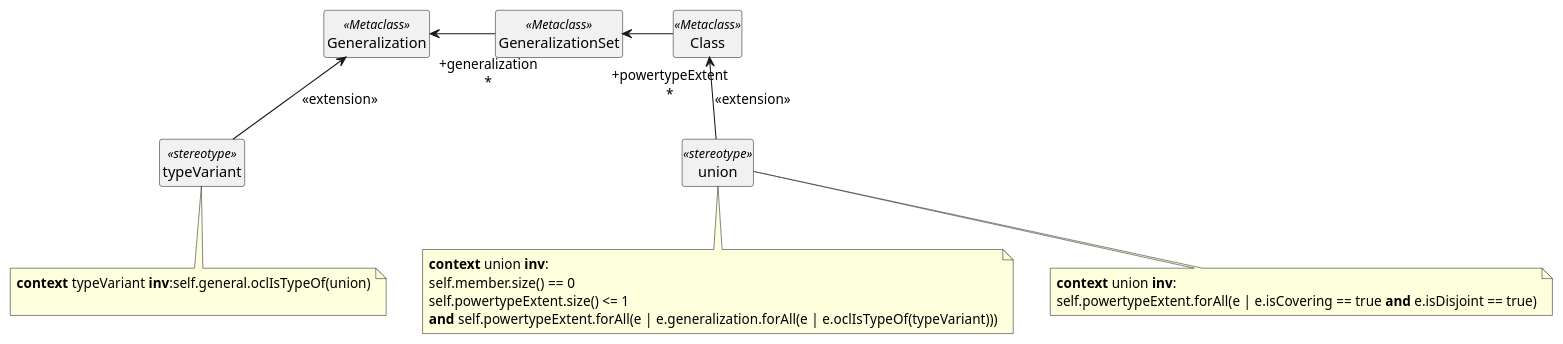
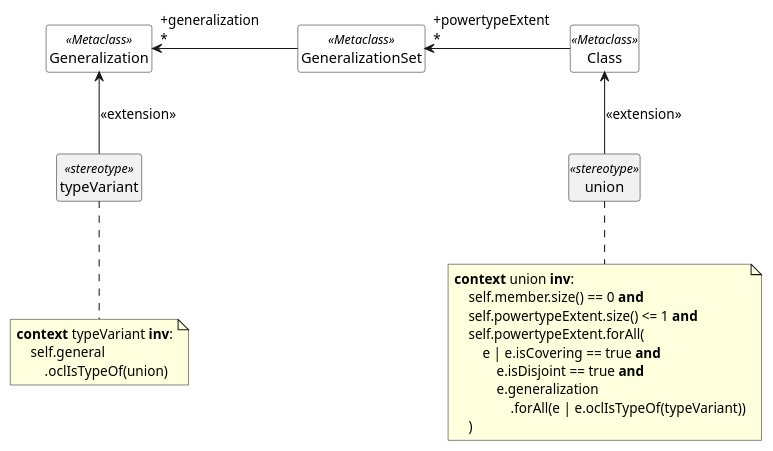
Before and after one commit to sdm-lang/tree-sitter-sdml: diagram 16 of 19 in docs/uml-profile.org, drawn with PlantUML. The commit also changed other lines of this file and 25 other files, not shown here.

Commit message:
docs: working on UML profile

```diff
--- a/docs/uml-profile.org
+++ b/docs/uml-profile.org
@@ -347,25 +616,40 @@
 #+BEGIN_SRC plantuml :file uml-profile-union.svg
 skinparam backgroundColor transparent
+skinparam style strictuml
+skinparam linetype polyline
+skinparam nodesep 140
+
 hide circle
 hide empty members
 
-class Class <<Metaclass>>
-class GeneralizationSet <<Metaclass>>
-Class --l-> "+powertypeExtent\n*" GeneralizationSet
-class Generalization <<Metaclass>>
-GeneralizationSet --l-> "+generalization\n*" Generalization
+class Class <<Metaclass>> #white
+class GeneralizationSet <<Metaclass>> #white
+class Generalization <<Metaclass>> #white
+
+Class --left--> "+powertypeExtent\l*" GeneralizationSet
+GeneralizationSet --left--> "+generalization\l*" Generalization
 
 class union <<stereotype>>
-union -u-> Class: <<extension>>
+union -up-> Class: <<extension>>
+
+note bottom of union
+**context** union **inv**:
+    self.member.size() == 0 **and**
+    self.powertypeExtent.size() <= 1 **and**
+    self.powertypeExtent.forAll(
+        e | e.isCovering == true **and**
+            e.isDisjoint == true **and**
+            e.generalization
+                .forAll(e | e.oclIsTypeOf(typeVariant))
+    )
+end note
 
 class typeVariant <<stereotype>>
-typeVariant -u->  Generalization: <<extension>>
-note "**context** typeVariant **inv**:self.general.oclIsTypeOf(union)\n" as n2
-typeVariant .. n2
+typeVariant -up->  Generalization: <<extension>>
 
-note "**context** union **inv**:\nself.member.size() == 0\nself.powertypeExtent.size() <= 1 \n**and** self.powertypeExtent.forAll(e | e.generalization.forAll(e | e.oclIsTypeOf(typeVariant)))" as n1
-union .. n1
-
-note "**context** union **inv**:\nself.powertypeExtent.forAll(e | e.isCovering == true **and** e.isDisjoint == true)" as n3
-union .. n3
+note bottom of typeVariant
+**context** typeVariant **inv**:
+    self.general
+        .oclIsTypeOf(union)
+end note
 #+END_SRC
```
